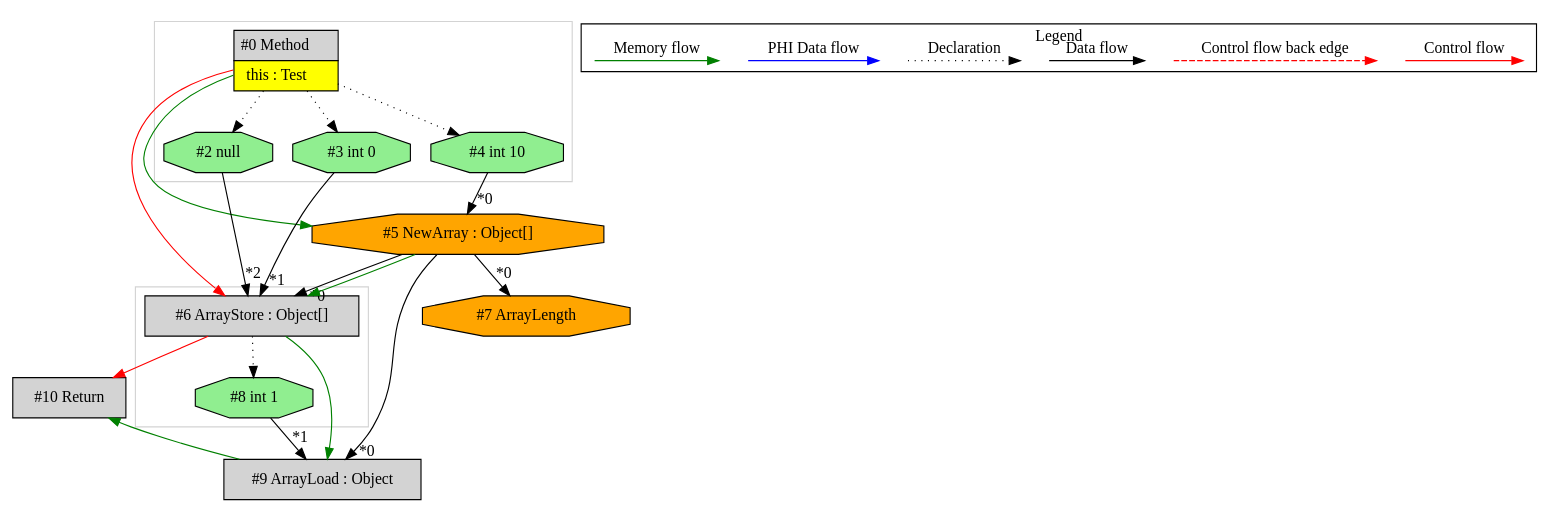
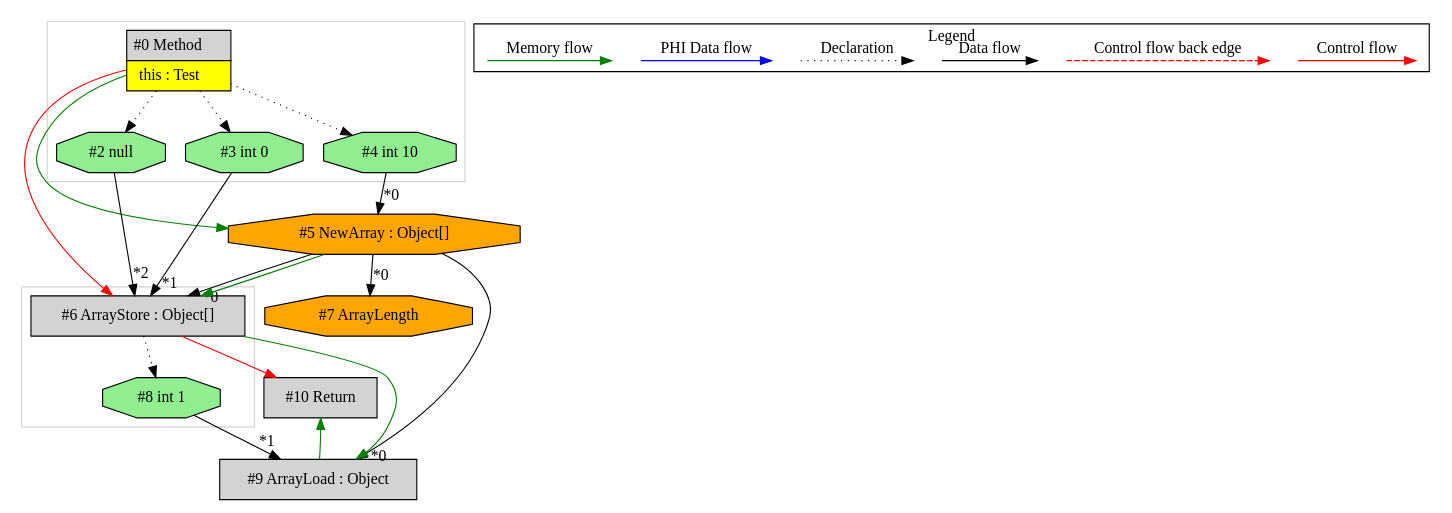
One commit to mirkosertic/MetaIR changed the diagram in de.mirkosertic.metair.ir.OpcodeANEWARRAYTest/test_ANEWARRAY_Object/ir.dot. Above: the diagram before and after it, drawn with Graphviz. The commit also changed other lines of this file and 440 other files, not shown here.

```diff
--- a/de.mirkosertic.metair.ir.OpcodeANEWARRAYTest/test_ANEWARRAY_Object/ir.dot
+++ b/de.mirkosertic.metair.ir.OpcodeANEWARRAYTest/test_ANEWARRAY_Object/ir.dot
@@ -1,68 +1,68 @@
 digraph {
  ordering="in";
  node0[margin="0", label=<<table border="0" cellborder="1" cellspacing="0" cellpadding="5"><tr><td colspan="1">#0 Method</td></tr><tr><td port="prj1" bgcolor="yellow">this : Test</td></tr></table>>,shape=none, fillcolor=lightgrey, style=filled];
  node4[label="#4 int 10",shape=octagon, fillcolor=lightgreen, style=filled];
  node0 -> node4[style=dotted];
  node5[label="#5 NewArray : Object[]",shape=octagon, fillcolor=orange, style=filled];
  node4 -> node5[headlabel="*0", labeldistance=2];
  node0 -> node5[labeldistance=2, color=green, constraint=false];
- node9[label="#9 ArrayLoad : Object",shape=box, fillcolor=lightgrey, style=filled];
- node5 -> node9[headlabel="*0", labeldistance=2];
- node8 -> node9[headlabel="*1", labeldistance=2];
- node6 -> node9[labeldistance=2, color=green, constraint=false];
+ node7[label="#7 ArrayLength",shape=octagon, fillcolor=orange, style=filled];
+ node5 -> node7[headlabel="*0", labeldistance=2];
  node6[label="#6 ArrayStore : Object[]",shape=box, fillcolor=lightgrey, style=filled];
  node5 -> node6[headlabel="*0", labeldistance=2];
  node3 -> node6[headlabel="*1", labeldistance=2];
  node2 -> node6[headlabel="*2", labeldistance=2];
  node5 -> node6[labeldistance=2, color=green, constraint=false];
  node0 -> node6[labeldistance=2, color=red, fontcolor=red];
  node2[label="#2 null",shape=octagon, fillcolor=lightgreen, style=filled];
  node0 -> node2[style=dotted];
  node3[label="#3 int 0",shape=octagon, fillcolor=lightgreen, style=filled];
  node0 -> node3[style=dotted];
  node10[label="#10 Return",shape=box, fillcolor=lightgrey, style=filled];
  node6 -> node10[labeldistance=2, color=red, fontcolor=red];
  node9 -> node10[labeldistance=2, color=green, constraint=false];
+ node9[label="#9 ArrayLoad : Object",shape=box, fillcolor=lightgrey, style=filled];
+ node5 -> node9[headlabel="*0", labeldistance=2];
+ node8 -> node9[headlabel="*1", labeldistance=2];
+ node6 -> node9[labeldistance=2, color=green, constraint=false];
  node8[label="#8 int 1",shape=octagon, fillcolor=lightgreen, style=filled];
  node6 -> node8[style=dotted];
- node7[label="#7 ArrayLength",shape=octagon, fillcolor=orange, style=filled];
- node5 -> node7[headlabel="*0", labeldistance=2];
  subgraph cluster_0 {
   color=lightgray;
   node6;
   node8;
  }
  subgraph cluster_1 {
   color=lightgray;
   node0;
   node2;
   node3;
   node4;
  }
  subgraph cluster_000 {
   label = "Legend";
   node [shape=point]
   {
    rank=same;
    c0 [style = invis];
    c1 [style = invis];
    c2 [style = invis];
    c3 [style = invis];
    d0 [style = invis];
    d1 [style = invis];
    d2 [style = invis];
    d3 [style = invis];
    d4 [style = invis];
    d5 [style = invis];
    d6 [style = invis];
    d7 [style = invis];
   }
   c0 -> c1 [label="Control flow", style=solid, color=red]
   c2 -> c3 [label="Control flow back edge", style=dashed, color=red]
   d0 -> d1 [label="Data flow"]
   d2 -> d3 [label="Declaration", style=dotted]
   d4 -> d5 [label="PHI Data flow", color=blue]
   d6 -> d7 [label="Memory flow", color=green]
  }
 
 }
```
